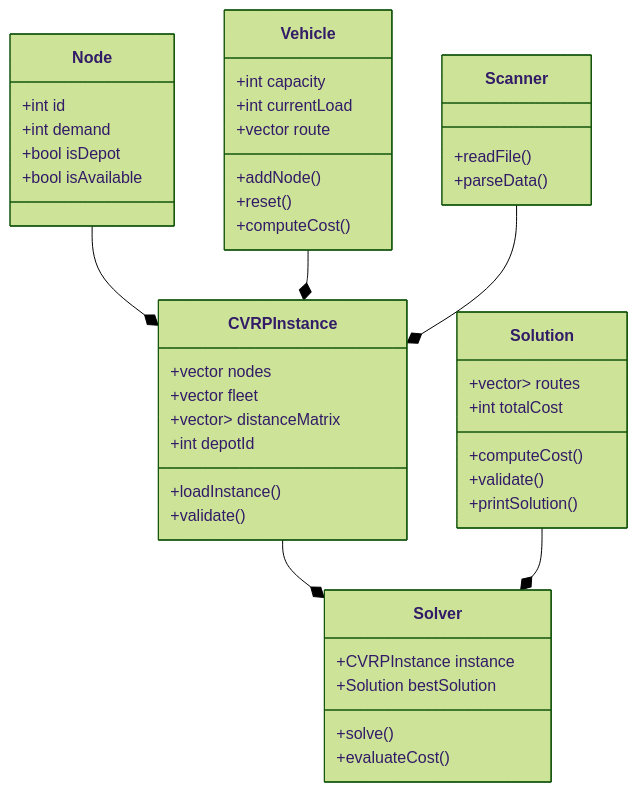
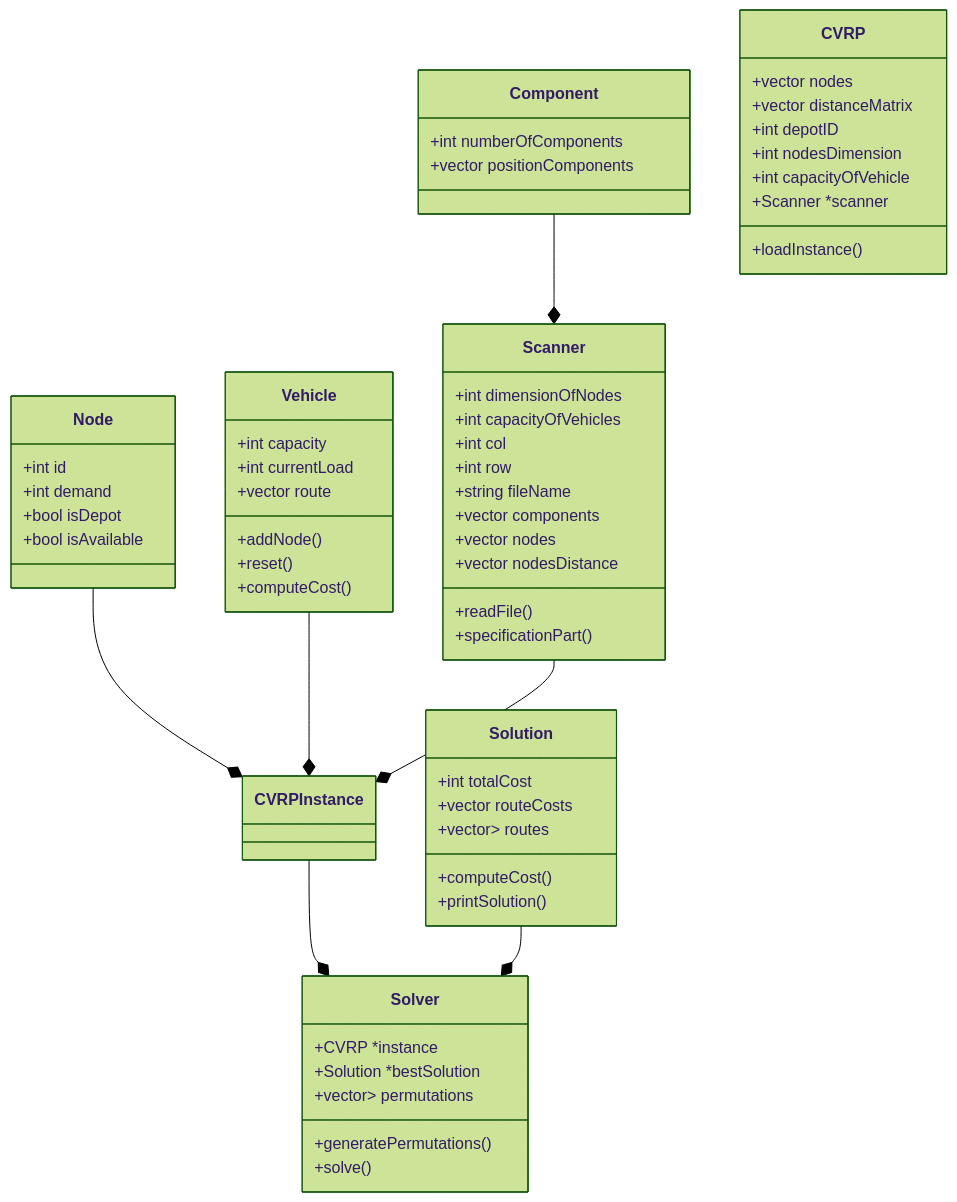
One commit to IsaacKosloski/CapacitatedVehicleRoutingProblem-BruteForce changed the first of 4 diagrams in README.md. Above: the diagram before and after it, drawn with Mermaid (forest theme). The commit also changed other lines of this file, not shown here.

````diff
--- a/README.md
+++ b/README.md
@@ -64,53 +64,70 @@
 ```mermaid
 classDiagram
     class Node {
         +int id
         +int demand
         +bool isDepot
         +bool isAvailable
+    }
+    
+    class Component{
+        +int numberOfComponents
+        +vector<double> positionComponents
     }
 
     class Vehicle {
         +int capacity
         +int currentLoad
         +vector<int> route
         +addNode()
         +reset()
         +computeCost()
     }
 
-    class CVRPInstance {
-        +vector<Node> nodes
-        +vector<Vehicle> fleet
-        +vector<vector<int>> distanceMatrix
-        +int depotId
+    class CVRP {
+        +vector<Node> nodes 
+        +vector<double> distanceMatrix 
+        +int depotID
+        +int nodesDimension 
+        +int capacityOfVehicle 
+        +Scanner *scanner 
         +loadInstance()
-        +validate()
+        
     }
 
     class Solution {
+        +int totalCost
+        +vector<double> routeCosts
         +vector<vector<int>> routes
-        +int totalCost
         +computeCost()
-        +validate()
         +printSolution()
     }
 
     class Solver {
-        +CVRPInstance instance
-        +Solution bestSolution
-        +solve()
-        +evaluateCost()
+        +CVRP *instance
+        +Solution *bestSolution
+        +vector<vector<Node>> permutations
+        +generatePermutations()
+        +solve()        
     }
 
     class Scanner {
+        +int dimensionOfNodes
+        +int capacityOfVehicles
+        +int col
+        +int row
+        +string fileName
+        +vector<Component> components
+        +vector<Node> nodes
+        +vector<double> nodesDistance
         +readFile()
-        +parseData()
+        +specificationPart()
     }
-
+    
+    Component --* Scanner
     Node --* CVRPInstance
     Vehicle --* CVRPInstance
     CVRPInstance --* Solver
     Solution --* Solver
     Scanner --* CVRPInstance
 ```
````
